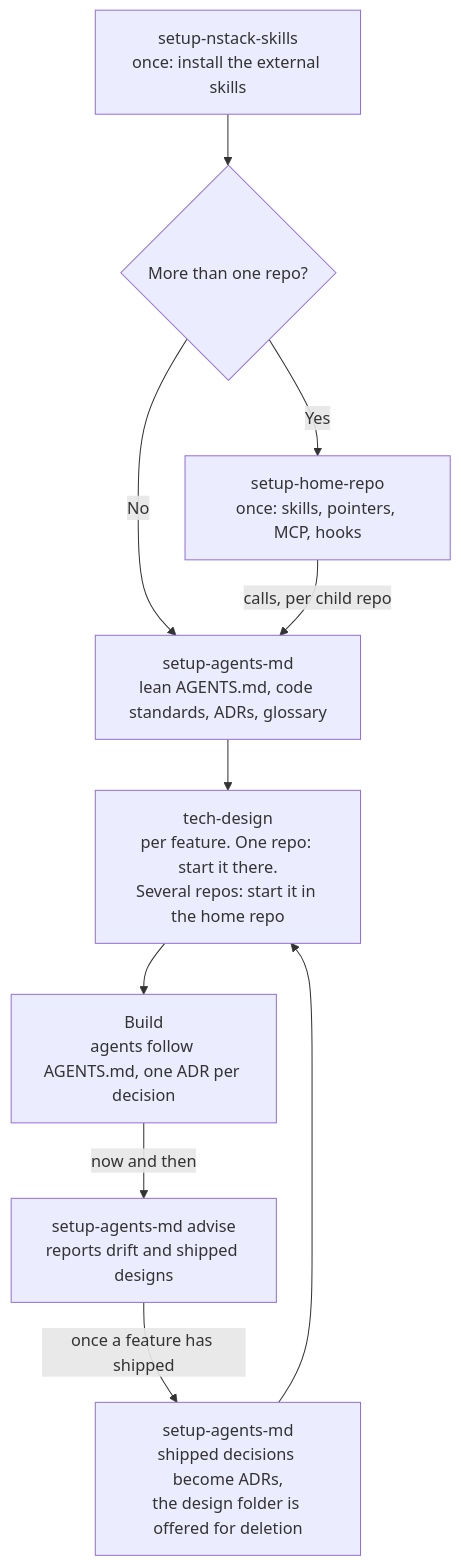
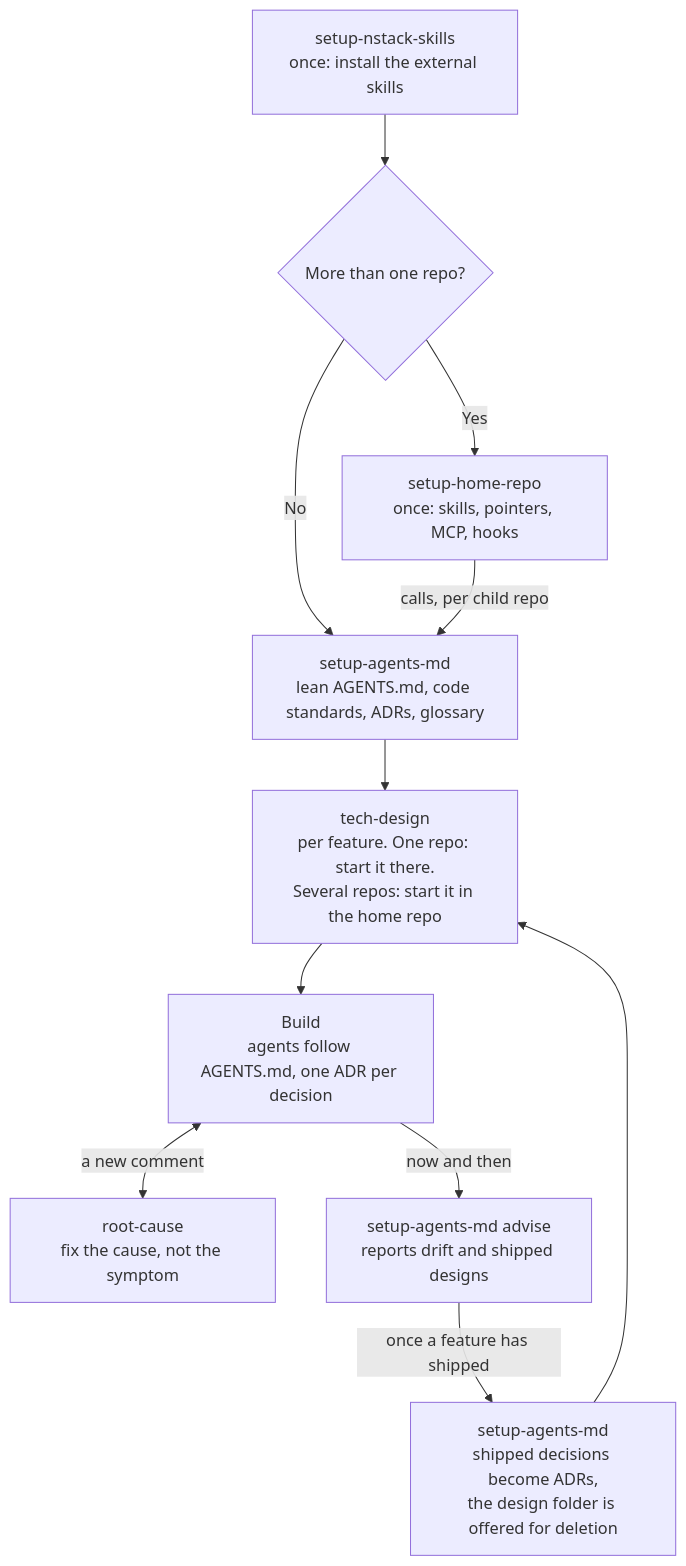
The diagram in README.md (svennijhuis/nstack), drawn with Mermaid before and after one commit. The commit also changed other lines of this file and 4 other files, not shown here.

First line of the commit message:
Add root-cause: a new comment is a check, fix the cause not the symptom

````diff
--- a/README.md
+++ b/README.md
@@ -17,12 +18,13 @@
 ```mermaid
 flowchart TD
     A[setup-nstack-skills<br/>once: install the external skills] --> B{More than one repo?}
     B -->|Yes| C[setup-home-repo<br/>once: skills, pointers, MCP, hooks]
     B -->|No| D
     C -->|calls, per child repo| D[setup-agents-md<br/>lean AGENTS.md, code standards, ADRs, glossary]
     D --> E[tech-design<br/>per feature. One repo: start it there.<br/>Several repos: start it in the home repo]
     E --> F[Build<br/>agents follow AGENTS.md, one ADR per decision]
+    F <-->|a new comment| R[root-cause<br/>fix the cause, not the symptom]
     F -->|now and then| G[setup-agents-md advise<br/>reports drift and shipped designs]
     G -->|once a feature has shipped| H[setup-agents-md<br/>shipped decisions become ADRs,<br/>the design folder is offered for deletion]
     H --> E
 ```
````
